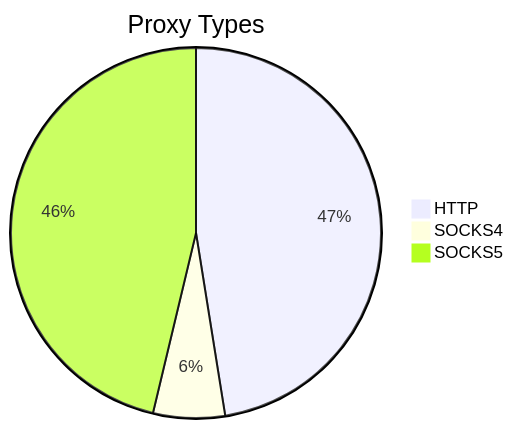
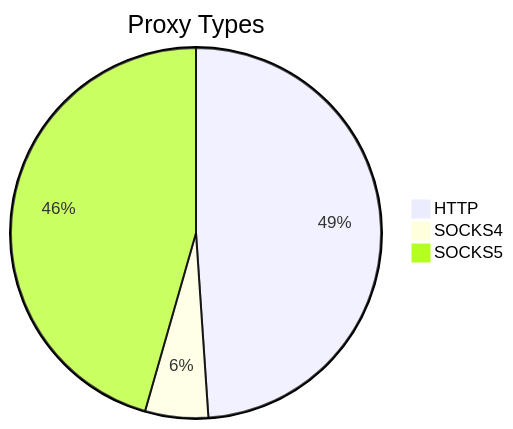
The first of 2 diagrams in README.md (stormsia/proxy-list), drawn with Mermaid before and after one commit. The commit also changed other lines of this file, not shown here.

````diff
--- a/README.md
+++ b/README.md
@@ -21,6 +21,6 @@
 ```mermaid
 pie title Proxy Types
-    "HTTP" : 235
-    "SOCKS4" : 31
-    "SOCKS5" : 229
+    "HTTP" : 320
+    "SOCKS4" : 36
+    "SOCKS5" : 298
 ```
````
